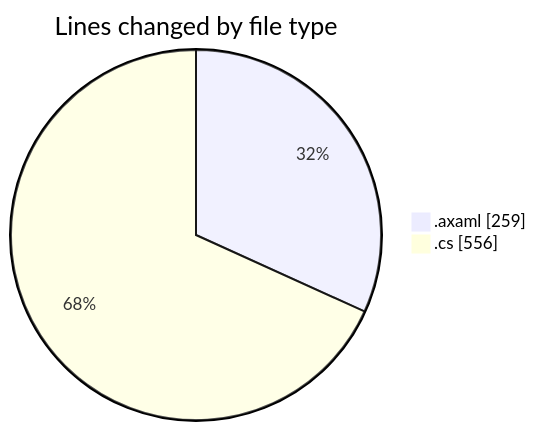
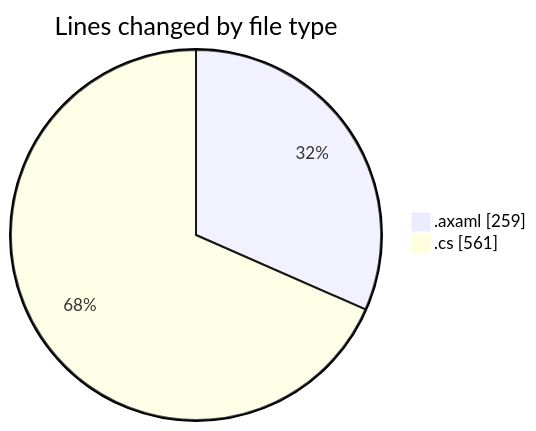
Before and after one commit to Netris89/code-tracking: the first of 2 diagrams in 2025-11-01/skintrack/README.md, drawn with Mermaid. The commit also changed other lines of this file and 1 other file, not shown here.

````diff
--- a/2025-11-01/skintrack/README.md
+++ b/2025-11-01/skintrack/README.md
@@ -26,6 +26,6 @@
 ```mermaid
 pie showData
 title Lines changed by file type
 ".axaml" : 259
-".cs" : 556
+".cs" : 561
 ```
````
